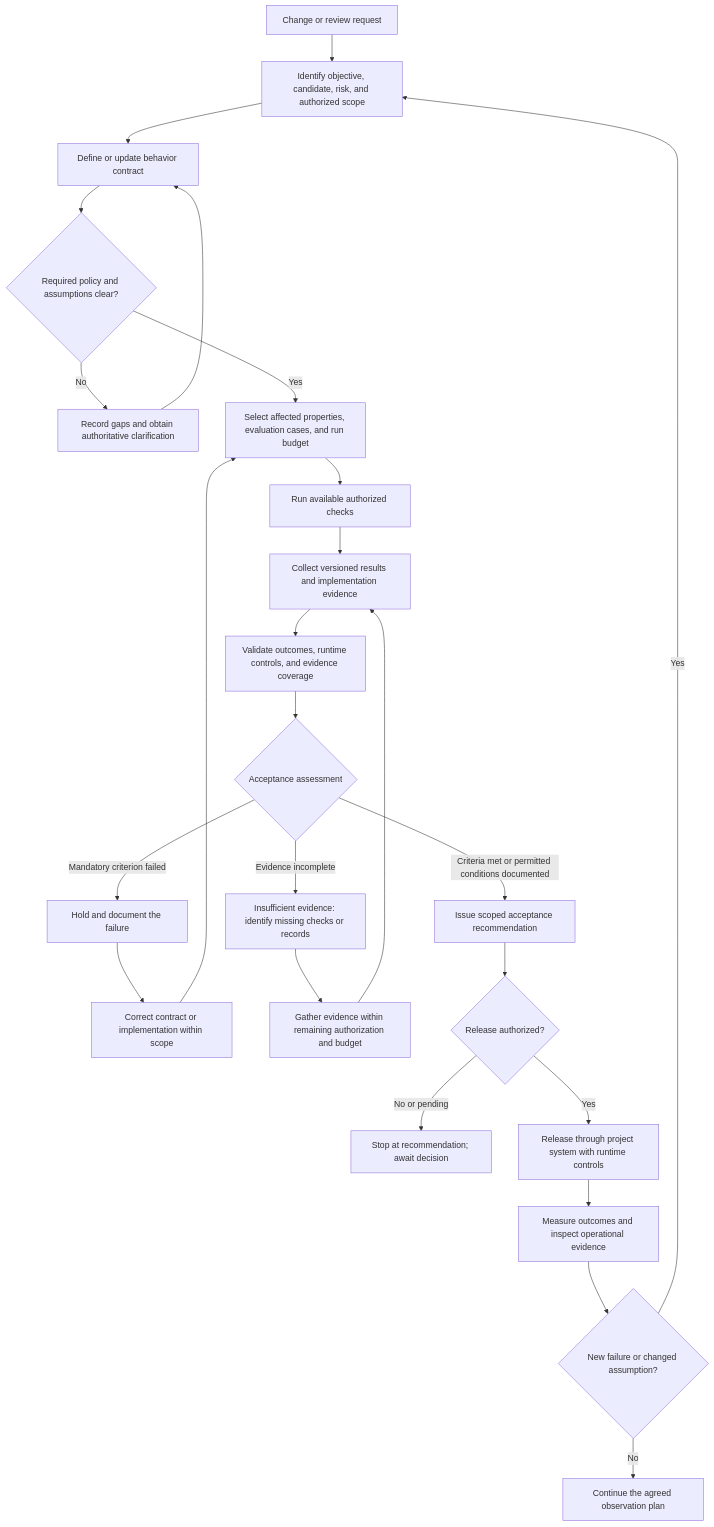
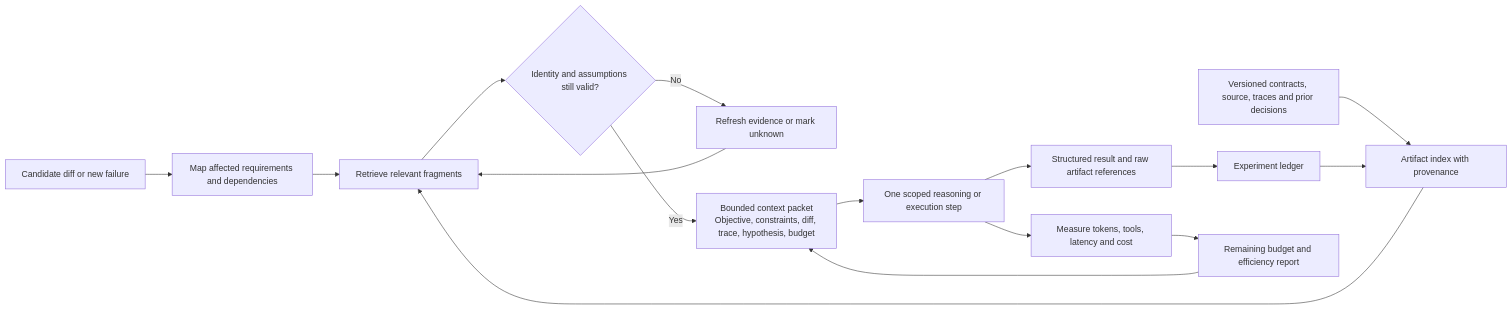
One commit to bijit-ghosh/Agent-Skills changed the third of 6 diagrams in README.md. Above: the diagram before and after it, drawn with Mermaid. The commit also changed other lines of this file, not shown here.

Commit message:
Refine assurance architecture, evaluation boundaries, context flow and recovery

````diff
--- a/README.md
+++ b/README.md
@@ -250,27 +258,18 @@
 ```mermaid
-flowchart TD
-    START["Change or review request"] --> SCOPE["Identify objective, candidate, risk, and authorized scope"]
-    SCOPE --> CONTRACT["Define or update behavior contract"]
-    CONTRACT --> READY{"Required policy and assumptions clear?"}
-    READY -->|"No"| CLARIFY["Record gaps and obtain authoritative clarification"]
-    CLARIFY --> CONTRACT
-    READY -->|"Yes"| PLAN["Select affected properties, evaluation cases, and run budget"]
-    PLAN --> RUN["Run available authorized checks"]
-    RUN --> EVIDENCE["Collect versioned results and implementation evidence"]
-    EVIDENCE --> VALIDATE["Validate outcomes, runtime controls, and evidence coverage"]
-    VALIDATE --> DECISION{"Acceptance assessment"}
-    DECISION -->|"Mandatory criterion failed"| HOLD["Hold and document the failure"]
-    DECISION -->|"Evidence incomplete"| UNKNOWN["Insufficient evidence: identify missing checks or records"]
-    DECISION -->|"Criteria met or permitted conditions documented"| RECOMMEND["Issue scoped acceptance recommendation"]
-    HOLD --> REWORK["Correct contract or implementation within scope"]
-    REWORK --> PLAN
-    UNKNOWN --> FOLLOWUP["Gather evidence within remaining authorization and budget"]
-    FOLLOWUP --> EVIDENCE
-    RECOMMEND --> AUTH{"Release authorized?"}
-    AUTH -->|"No or pending"| WAIT["Stop at recommendation; await decision"]
-    AUTH -->|"Yes"| DEPLOY["Release through project system with runtime controls"]
-    DEPLOY --> OBSERVE["Measure outcomes and inspect operational evidence"]
-    OBSERVE --> FEEDBACK{"New failure or changed assumption?"}
-    FEEDBACK -->|"Yes"| SCOPE
-    FEEDBACK -->|"No"| CONTINUE["Continue the agreed observation plan"]
+flowchart LR
+    CHANGE["Candidate diff or new failure"] --> IMPACT["Map affected requirements and dependencies"]
+    SOURCES["Versioned contracts, source, traces and prior decisions"] --> INDEX["Artifact index with provenance"]
+    IMPACT --> RETRIEVE["Retrieve relevant fragments"]
+    INDEX --> RETRIEVE
+    RETRIEVE --> FRESH{"Identity and assumptions still valid?"}
+    FRESH -->|"No"| REFRESH["Refresh evidence or mark unknown"]
+    REFRESH --> RETRIEVE
+    FRESH -->|"Yes"| PACKET["Bounded context packet<br/>Objective, constraints, diff, trace, hypothesis, budget"]
+    PACKET --> STEP["One scoped reasoning or execution step"]
+    STEP --> RESULT["Structured result and raw artifact references"]
+    RESULT --> LEDGER["Experiment ledger"]
+    LEDGER --> INDEX
+    STEP --> COST["Measure tokens, tools, latency and cost"]
+    COST --> BUDGET["Remaining budget and efficiency report"]
+    BUDGET --> PACKET
 ```
````
